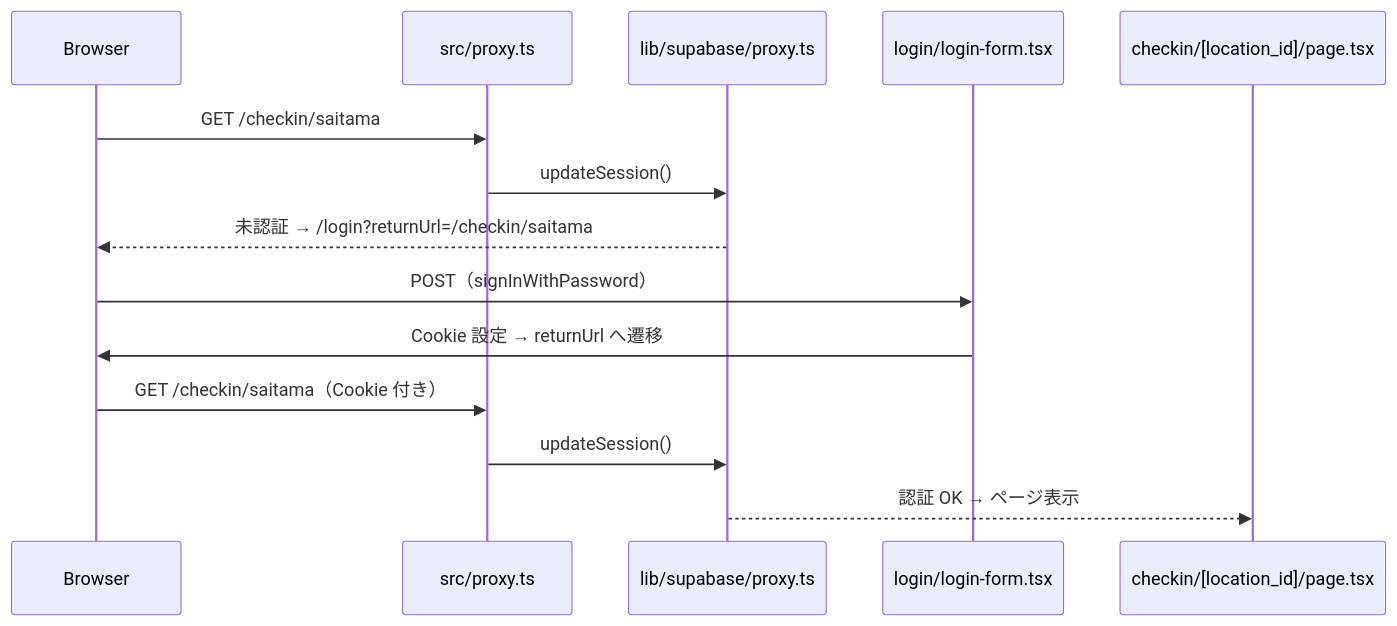
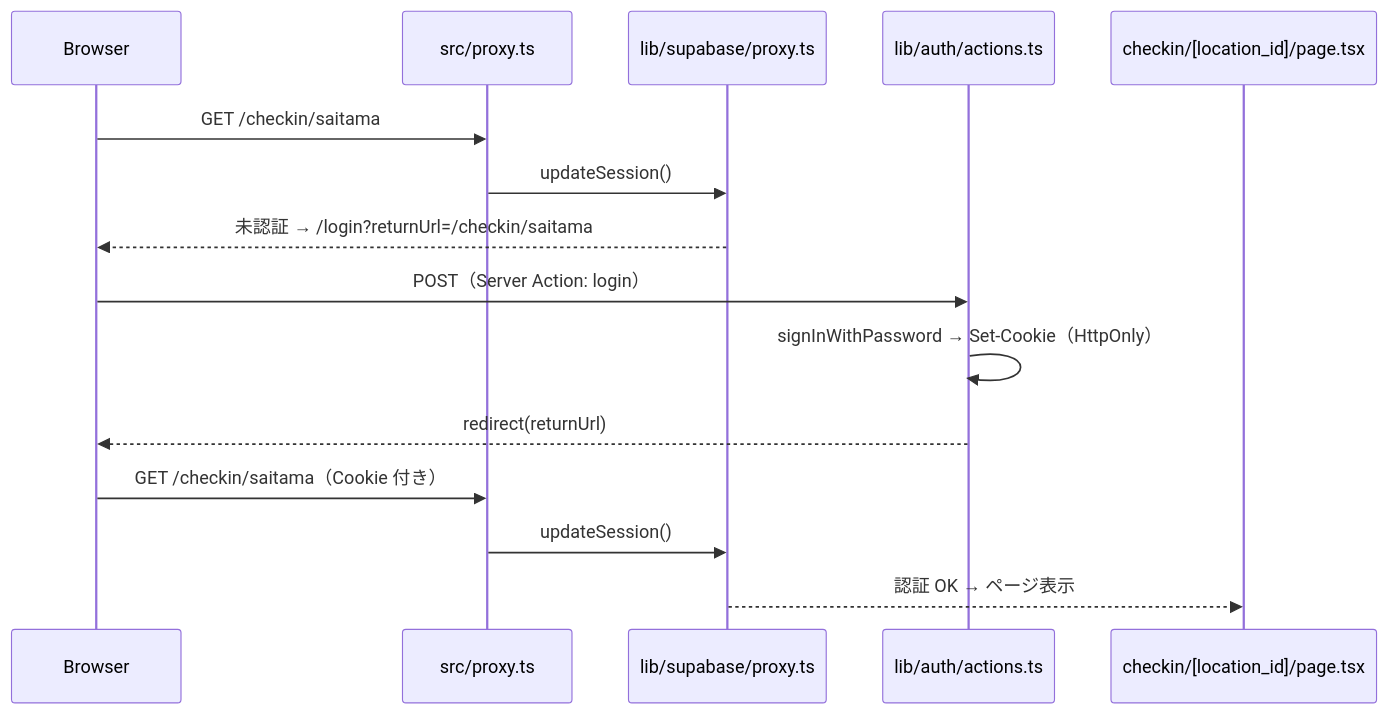
Before and after one commit to furuucodeworks/nfc_checkin: the diagram in docs/project-structure.md, drawn with Mermaid. The commit also changed other lines of this file and 10 other files, not shown here.

Commit message:
ログインとログアウトをサーバー側で行い、認証 Cookie を HttpOnly に戻す。

````diff
--- a/docs/project-structure.md
+++ b/docs/project-structure.md
@@ -155,19 +160,20 @@
 ```mermaid
 sequenceDiagram
     participant Browser
     participant Proxy as src/proxy.ts
     participant UpdateSession as lib/supabase/proxy.ts
-    participant Login as login/login-form.tsx
+    participant LoginAction as lib/auth/actions.ts
     participant Checkin as checkin/[location_id]/page.tsx
 
     Browser->>Proxy: GET /checkin/saitama
     Proxy->>UpdateSession: updateSession()
     UpdateSession-->>Browser: 未認証 → /login?returnUrl=/checkin/saitama
 
-    Browser->>Login: POST（signInWithPassword）
-    Login->>Browser: Cookie 設定 → returnUrl へ遷移
+    Browser->>LoginAction: POST（Server Action: login）
+    LoginAction->>LoginAction: signInWithPassword → Set-Cookie（HttpOnly）
+    LoginAction-->>Browser: redirect(returnUrl)
 
     Browser->>Proxy: GET /checkin/saitama（Cookie 付き）
     Proxy->>UpdateSession: updateSession()
     UpdateSession-->>Checkin: 認証 OK → ページ表示
 ```
````
